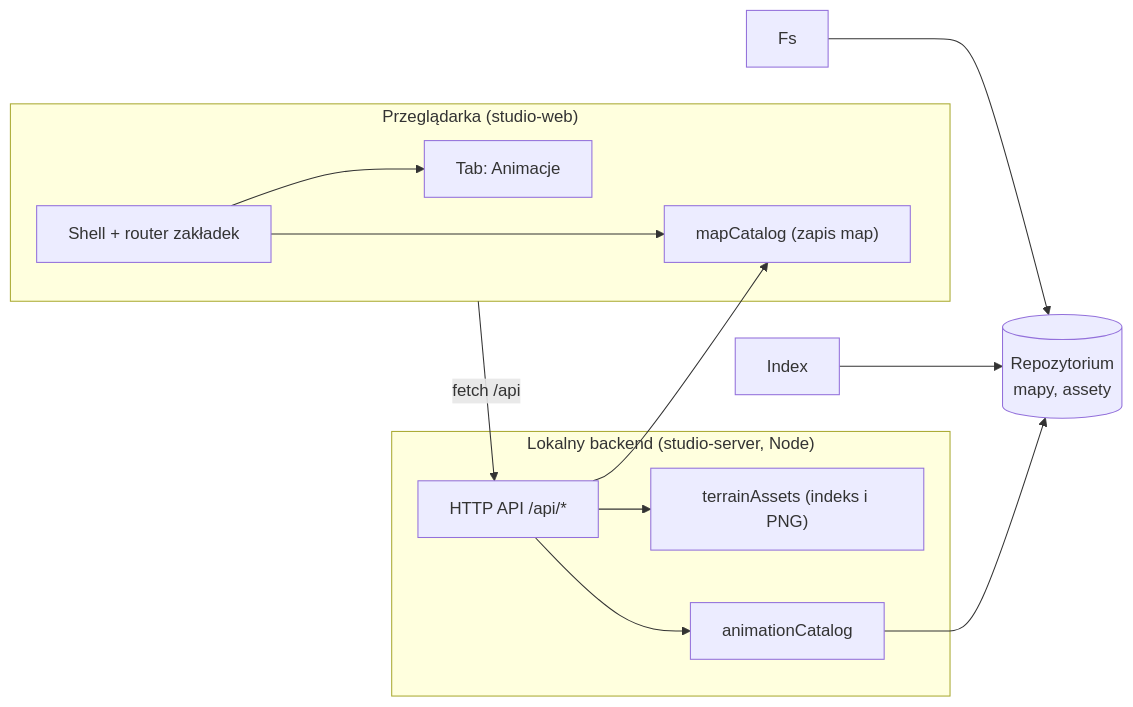
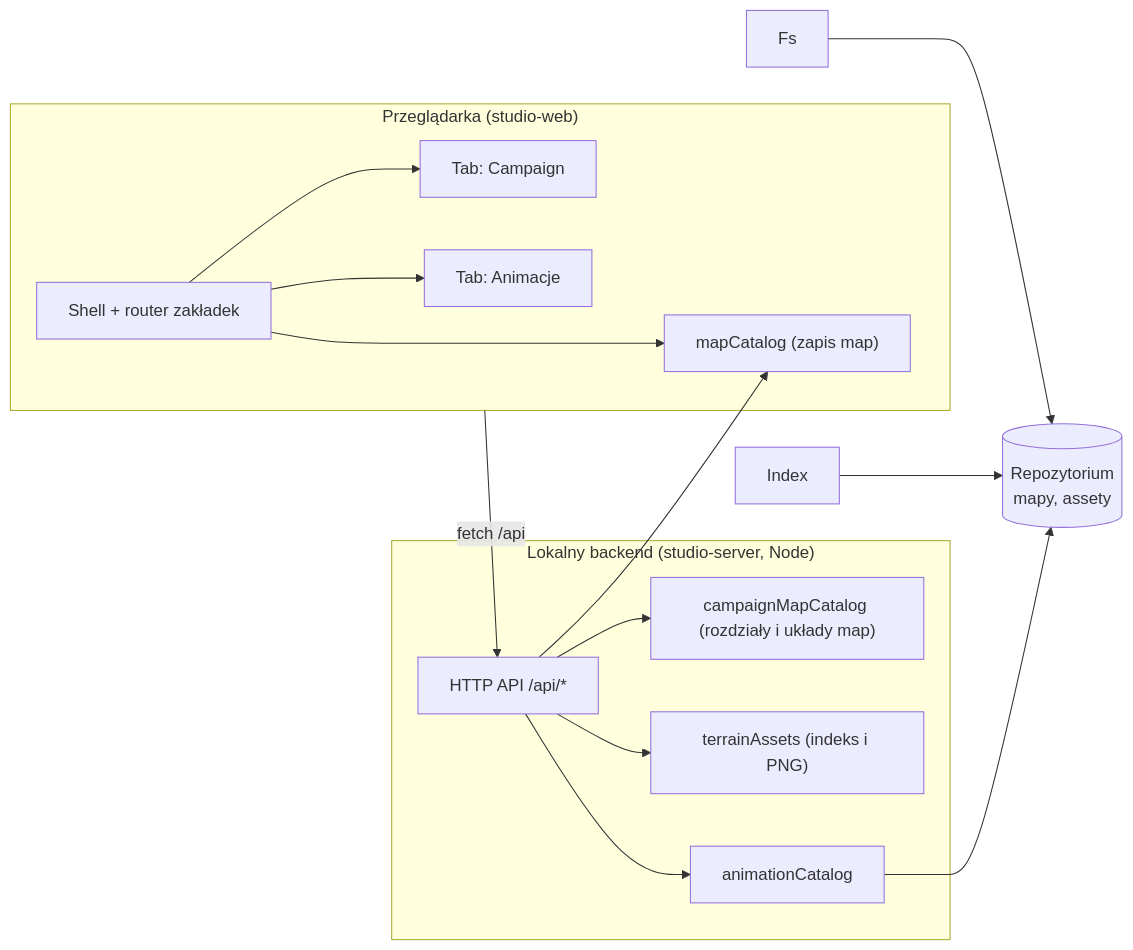
The diagram in docs/architecture/studio-architecture.md (kokocinskimichal/urkaaz-catapult-chaos), drawn with Mermaid before and after one commit. The commit also changed other lines of this file and 355 other files, not shown here.

Commit message:
Add campaign map tooling and Demolisher throw flow

````diff
--- a/docs/architecture/studio-architecture.md
+++ b/docs/architecture/studio-architecture.md
@@ -39,20 +38,22 @@
 ```mermaid
 flowchart LR
   subgraph Browser["Przeglądarka (studio-web)"]
     Shell["Shell + router zakładek"]
     Maps["Tab: Mapy"]
+    Campaign["Tab: Campaign"]
     Viz["Tab: Animacje"]
-    Shell --> Maps & Viz
+    Shell --> Maps & Campaign & Viz
   end
   subgraph Local["Lokalny backend (studio-server, Node)"]
     Api["HTTP API /api/*"]
     Maps["mapCatalog (zapis map)"]
+    CampaignCatalog["campaignMapCatalog (rozdziały i układy map)"]
     Assets["terrainAssets (indeks i PNG)"]
     Anim["animationCatalog"]
-    Api --> Maps & Assets & Anim
+    Api --> Maps & CampaignCatalog & Assets & Anim
   end
   Browser -- "fetch /api" --> Api
   Fs --> Repo[("Repozytorium\nmapy, assety")]
   Index --> Repo
   Anim --> Repo
 ```
````
